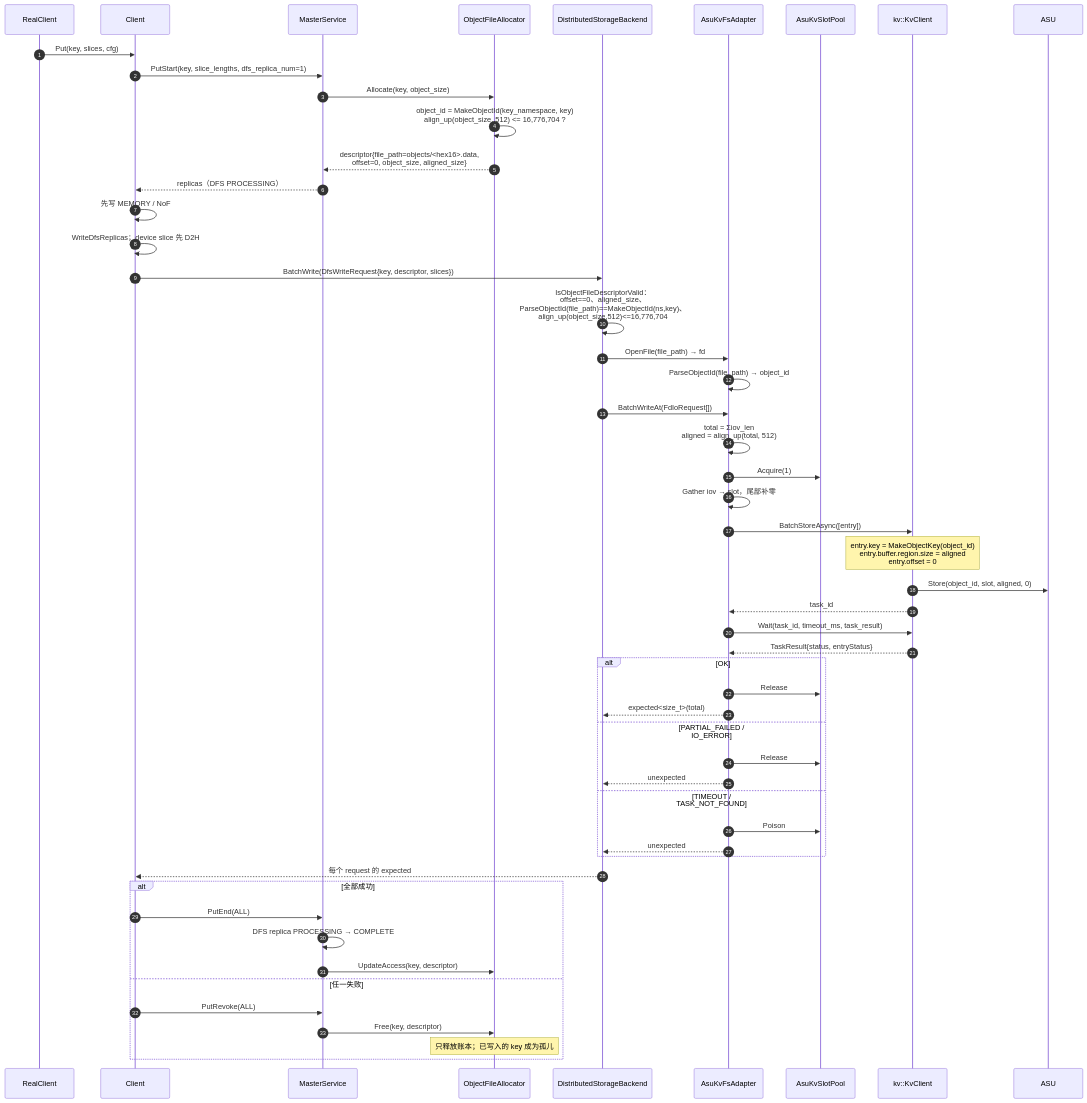
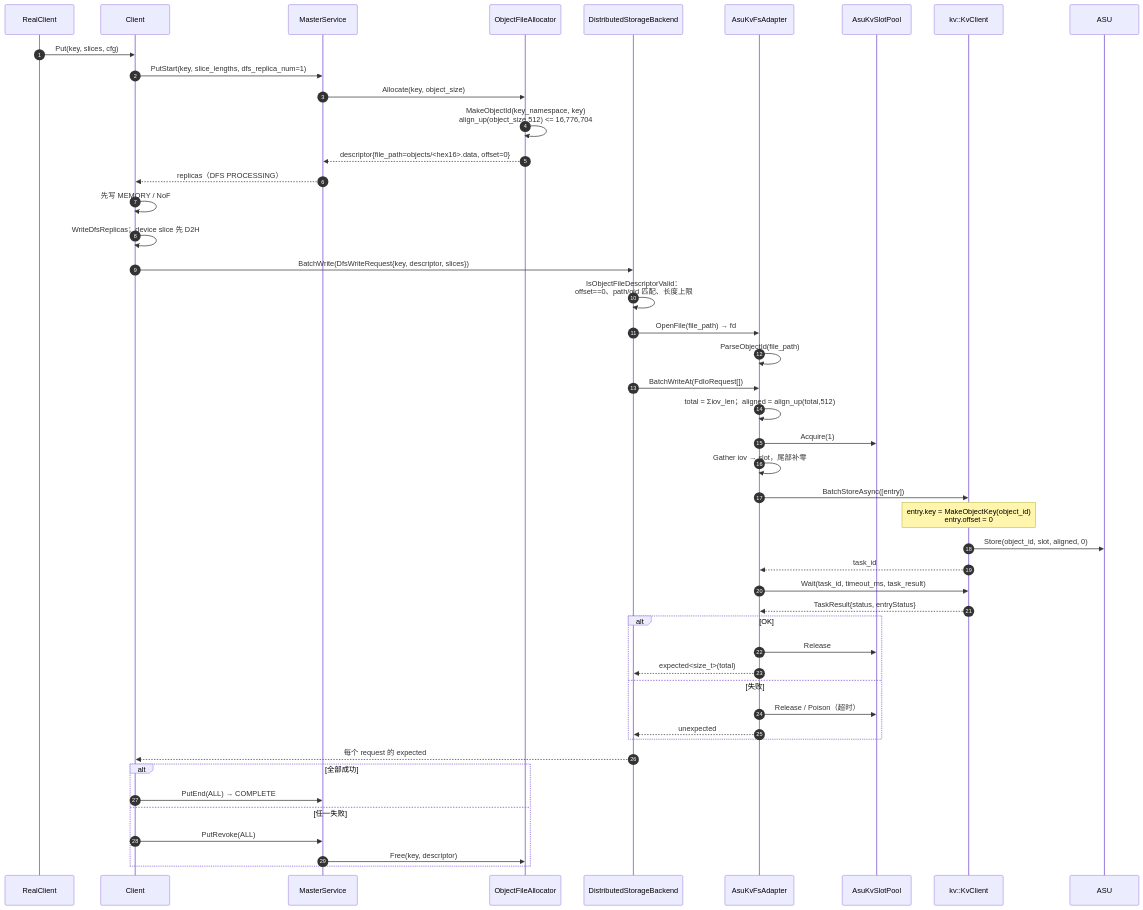
The fifth of 10 diagrams in asu-dfs-per-object-file-design.md (zwj20000328-dotcom/Mooncake-documents), drawn with Mermaid before and after one commit. The commit also changed other lines of this file, not shown here.

Commit message:
modified:   asu-dfs-per-object-file-design.md

````diff
--- a/asu-dfs-per-object-file-design.md
+++ b/asu-dfs-per-object-file-design.md
@@ -315,60 +303,51 @@
 ```mermaid
 sequenceDiagram
     autonumber
     participant RC as RealClient
     participant C as Client
     participant MS as MasterService
     participant OA as ObjectFileAllocator
     participant BE as DistributedStorageBackend
     participant AD as AsuKvFsAdapter
     participant SL as AsuKvSlotPool
     participant KC as kv::KvClient
     participant ASU as ASU
 
     RC->>C: Put(key, slices, cfg)
     C->>MS: PutStart(key, slice_lengths, dfs_replica_num=1)
     MS->>OA: Allocate(key, object_size)
-    OA->>OA: object_id = MakeObjectId(key_namespace, key)<br/>align_up(object_size, 512) <= 16,776,704 ?
-    OA-->>MS: descriptor{file_path=objects/<hex16>.data,<br/>offset=0, object_size, aligned_size}
+    OA->>OA: MakeObjectId(key_namespace, key)<br/>align_up(object_size,512) <= 16,776,704
+    OA-->>MS: descriptor{file_path=objects/<hex16>.data, offset=0}
     MS-->>C: replicas（DFS PROCESSING）
 
     C->>C: 先写 MEMORY / NoF
     C->>C: WriteDfsReplicas；device slice 先 D2H
     C->>BE: BatchWrite(DfsWriteRequest{key, descriptor, slices})
-    BE->>BE: IsObjectFileDescriptorValid：<br/>offset==0、aligned_size、<br/>ParseObjectId(file_path)==MakeObjectId(ns,key)、<br/>align_up(object_size,512)<=16,776,704
+    BE->>BE: IsObjectFileDescriptorValid：<br/>offset==0、path/oid 匹配、长度上限
     BE->>AD: OpenFile(file_path) → fd
-    AD->>AD: ParseObjectId(file_path) → object_id
+    AD->>AD: ParseObjectId(file_path)
     BE->>AD: BatchWriteAt(FdIoRequest[])
-
-    AD->>AD: total = Σiov_len<br/>aligned = align_up(total, 512)
+    AD->>AD: total = Σiov_len；aligned = align_up(total,512)
     AD->>SL: Acquire(1)
     AD->>AD: Gather iov → slot，尾部补零
     AD->>KC: BatchStoreAsync([entry])
-    Note over KC: entry.key = MakeObjectKey(object_id)<br/>entry.buffer.region.size = aligned<br/>entry.offset = 0
+    Note over KC: entry.key = MakeObjectKey(object_id)<br/>entry.offset = 0
     KC->>ASU: Store(object_id, slot, aligned, 0)
     KC-->>AD: task_id
     AD->>KC: Wait(task_id, timeout_ms, task_result)
     KC-->>AD: TaskResult{status, entryStatus}
-
     alt OK
         AD->>SL: Release
         AD-->>BE: expected<size_t>(total)
-    else PARTIAL_FAILED / IO_ERROR
-        AD->>SL: Release
-        AD-->>BE: unexpected
-    else TIMEOUT / TASK_NOT_FOUND
-        AD->>SL: Poison
+    else 失败
+        AD->>SL: Release / Poison（超时）
         AD-->>BE: unexpected
     end
-
     BE-->>C: 每个 request 的 expected
     alt 全部成功
-        C->>MS: PutEnd(ALL)
-        MS->>MS: DFS replica PROCESSING → COMPLETE
-        MS->>OA: UpdateAccess(key, descriptor)
+        C->>MS: PutEnd(ALL) → COMPLETE
     else 任一失败
         C->>MS: PutRevoke(ALL)
         MS->>OA: Free(key, descriptor)
-        Note over OA: 只释放账本；已写入的 key 成为孤儿
     end
 ```
````
